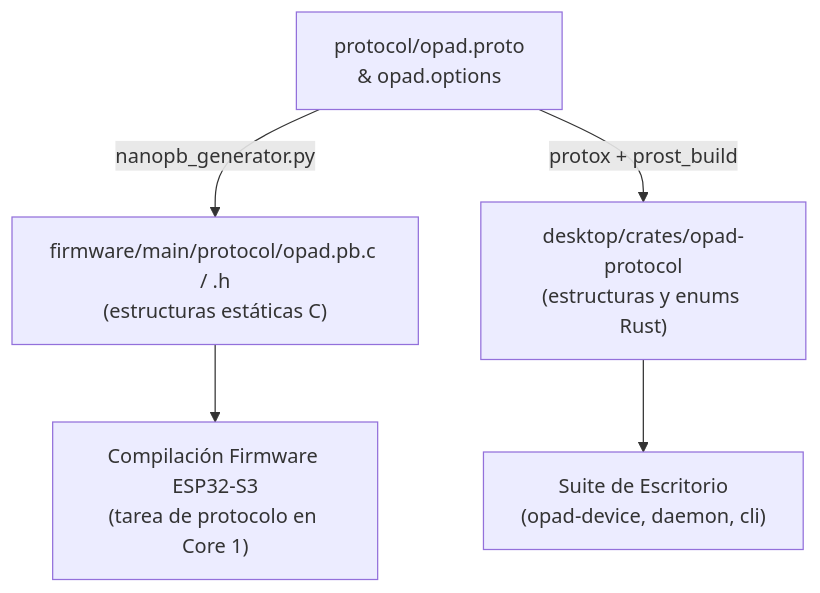
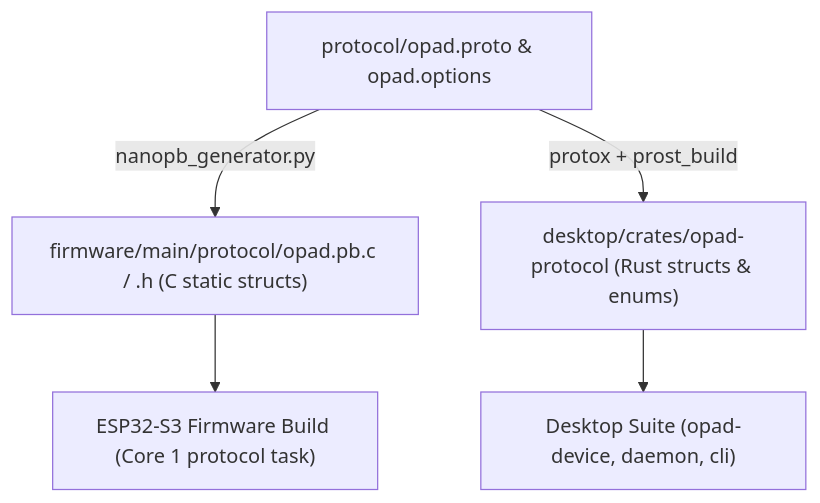
The diagram in docs/es/develop/protocol-changes.md (OPad-dev/OPad), drawn with Mermaid before and after one commit. The commit also changed other lines of this file and 1 other file, not shown here.

First line of the commit message:
docs(es/develop): sync and verify protocol-changes against English

````diff
--- a/docs/es/develop/protocol-changes.md
+++ b/docs/es/develop/protocol-changes.md
@@ -25,7 +14,7 @@
 ```mermaid
 flowchart TD
-    Schema["protocol/opad.proto\n& opad.options"] -->|nanopb_generator.py| NanoPB["firmware/main/protocol/opad.pb.c / .h\n(estructuras estáticas C)"]
-    Schema -->|protox + prost_build| Prost["desktop/crates/opad-protocol\n(estructuras y enums Rust)"]
-    NanoPB --> ESP["Compilación Firmware ESP32-S3\n(tarea de protocolo en Core 1)"]
-    Prost --> Desktop["Suite de Escritorio\n(opad-device, daemon, cli)"]
+    Schema["protocol/opad.proto & opad.options"] -->|nanopb_generator.py| NanoPB["firmware/main/protocol/opad.pb.c / .h (C static structs)"]
+    Schema -->|protox + prost_build| Prost["desktop/crates/opad-protocol (Rust structs & enums)"]
+    NanoPB --> ESP["ESP32-S3 Firmware Build (Core 1 protocol task)"]
+    Prost --> Desktop["Desktop Suite (opad-device, daemon, cli)"]
 ```
````
